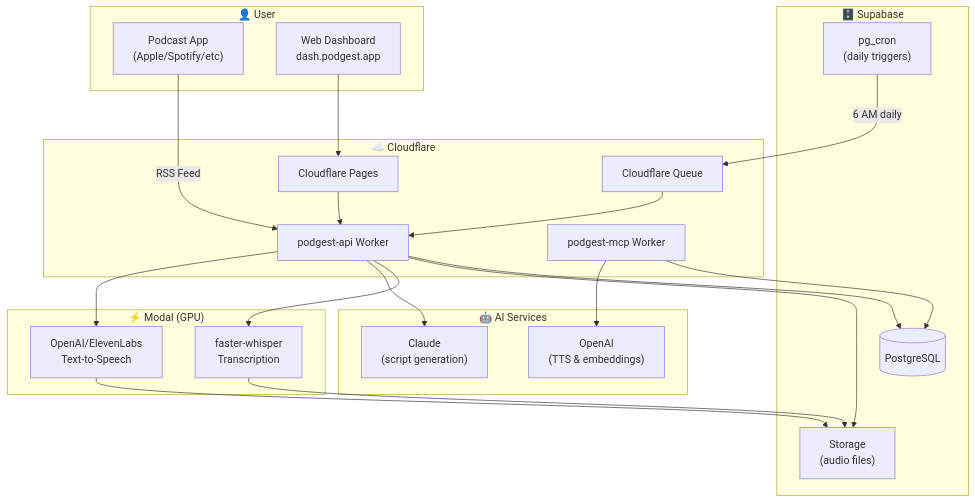
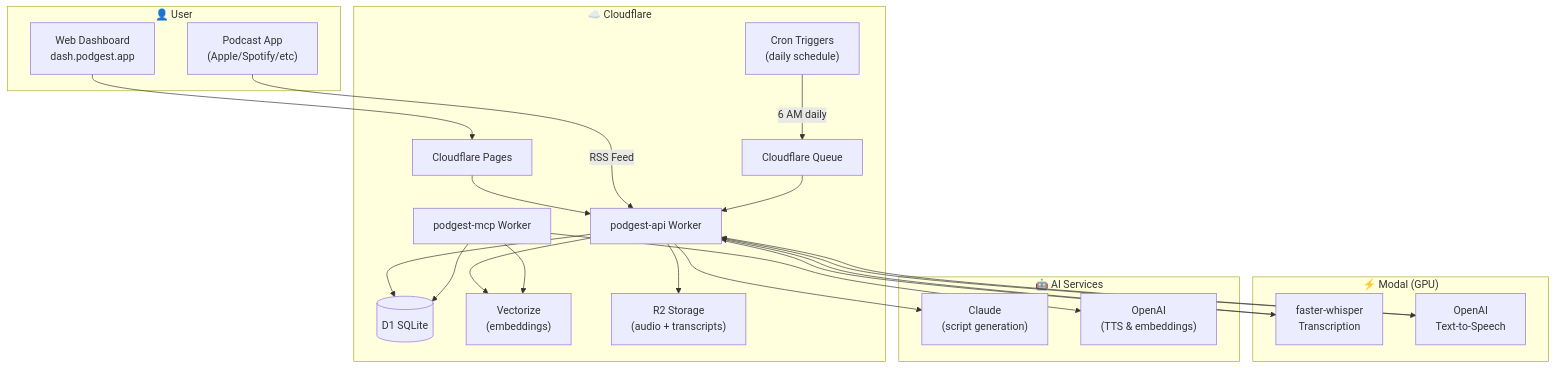
The diagram in README.md (ptzimmerman/Podgest), drawn with Mermaid before and after one commit. The commit also changed other lines of this file and 32 other files, not shown here.

````diff
--- a/README.md
+++ b/README.md
@@ -13,49 +13,49 @@
 ```mermaid
 flowchart TB
     subgraph User["👤 User"]
         PodcastApp["Podcast App<br/>(Apple/Spotify/etc)"]
         Dashboard["Web Dashboard<br/>dash.podgest.app"]
     end
 
     subgraph Cloudflare["☁️ Cloudflare"]
         API["podgest-api Worker"]
         MCP["podgest-mcp Worker"]
         Pages["Cloudflare Pages"]
         Queue["Cloudflare Queue"]
-    end
-
-    subgraph Supabase["🗄️ Supabase"]
-        DB[(PostgreSQL)]
-        Storage["Storage<br/>(audio files)"]
-        Cron["pg_cron<br/>(daily triggers)"]
+        Cron["Cron Triggers<br/>(daily schedule)"]
+        DB[(D1 SQLite)]
+        Vectorize["Vectorize<br/>(embeddings)"]
+        R2["R2 Storage<br/>(audio + transcripts)"]
     end
 
     subgraph Modal["⚡ Modal (GPU)"]
         Whisper["faster-whisper<br/>Transcription"]
-        TTS["OpenAI/ElevenLabs<br/>Text-to-Speech"]
+        TTS["OpenAI<br/>Text-to-Speech"]
     end
 
     subgraph AI["🤖 AI Services"]
         Claude["Claude<br/>(script generation)"]
         OpenAI["OpenAI<br/>(TTS & embeddings)"]
     end
 
     Dashboard --> Pages
     Pages --> API
     PodcastApp -->|RSS Feed| API
     
     Cron -->|6 AM daily| Queue
     Queue --> API
     
     API --> DB
-    API --> Storage
+    API --> R2
+    API --> Vectorize
     API --> Whisper
     API --> Claude
     API --> TTS
     
-    Whisper --> Storage
-    TTS --> Storage
+    Whisper --> API
+    TTS --> API
     
     MCP --> DB
+    MCP --> Vectorize
     MCP --> OpenAI
 ```
````
